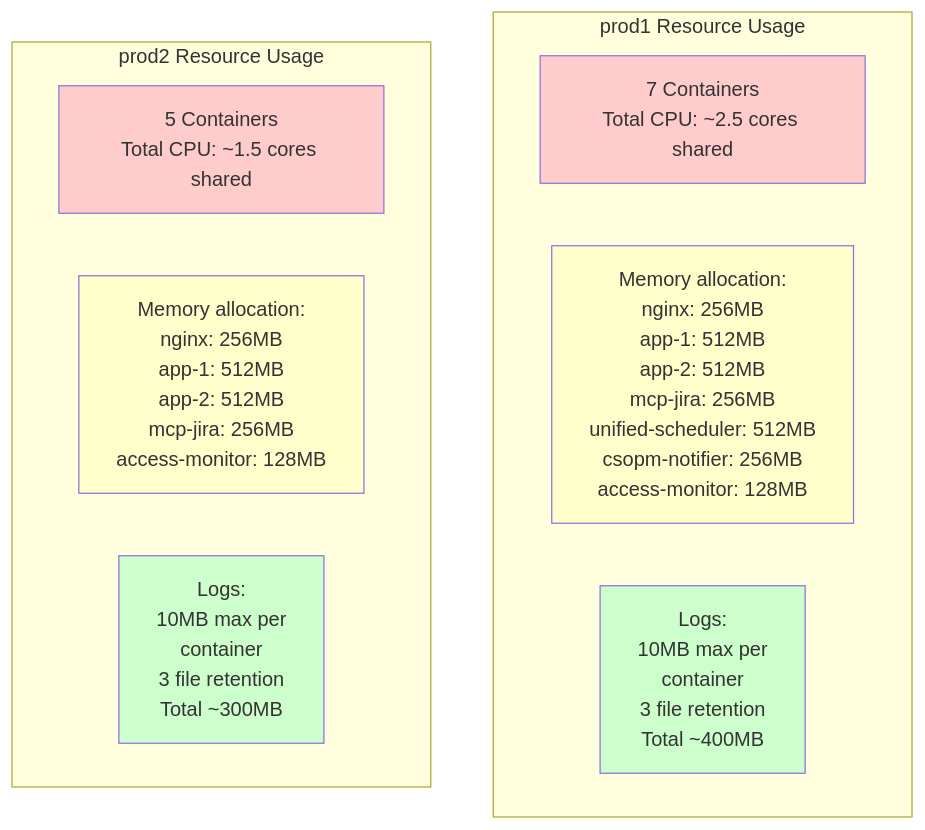
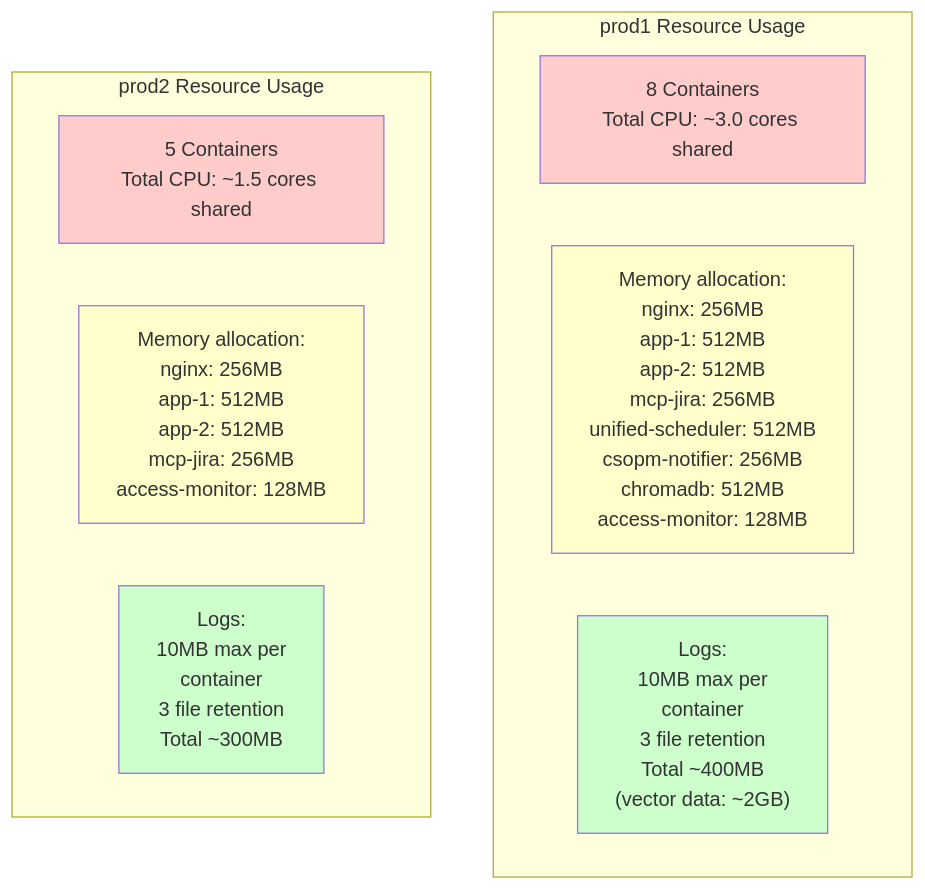
The fifth of 5 diagrams in projects/ketchup/docs/diagrams/5-container-topology.md (blueman82/mcp-exec), drawn with Mermaid before and after one commit. The commit also changed other lines of this file and 14 other files, not shown here.

````diff
--- a/projects/ketchup/docs/diagrams/5-container-topology.md
+++ b/projects/ketchup/docs/diagrams/5-container-topology.md
@@ -233,21 +242,21 @@
 ```mermaid
 graph TB
     subgraph "prod1 Resource Usage"
-        CPU1["7 Containers<br/>Total CPU: ~2.5 cores shared"]
-        Memory1["Memory allocation:<br/>nginx: 256MB<br/>app-1: 512MB<br/>app-2: 512MB<br/>mcp-jira: 256MB<br/>unified-scheduler: 512MB<br/>csopm-notifier: 256MB<br/>access-monitor: 128MB"]
-        Storage1["Logs:<br/>10MB max per<br/>container<br/>3 file retention<br/>Total ~400MB"]
+        CPU1["8 Containers<br/>Total CPU: ~3.0 cores shared"]
+        Memory1["Memory allocation:<br/>nginx: 256MB<br/>app-1: 512MB<br/>app-2: 512MB<br/>mcp-jira: 256MB<br/>unified-scheduler: 512MB<br/>csopm-notifier: 256MB<br/>chromadb: 512MB<br/>access-monitor: 128MB"]
+        Storage1["Logs:<br/>10MB max per<br/>container<br/>3 file retention<br/>Total ~400MB<br/>(vector data: ~2GB)"]
     end
 
     subgraph "prod2 Resource Usage"
         CPU2["5 Containers<br/>Total CPU: ~1.5 cores shared"]
         Memory2["Memory allocation:<br/>nginx: 256MB<br/>app-1: 512MB<br/>app-2: 512MB<br/>mcp-jira: 256MB<br/>access-monitor: 128MB"]
         Storage2["Logs:<br/>10MB max per<br/>container<br/>3 file retention<br/>Total ~300MB"]
     end
 
     style CPU1 fill:#ffcccc
     style Memory1 fill:#ffffcc
     style Storage1 fill:#ccffcc
     style CPU2 fill:#ffcccc
     style Memory2 fill:#ffffcc
     style Storage2 fill:#ccffcc
 ```
````
